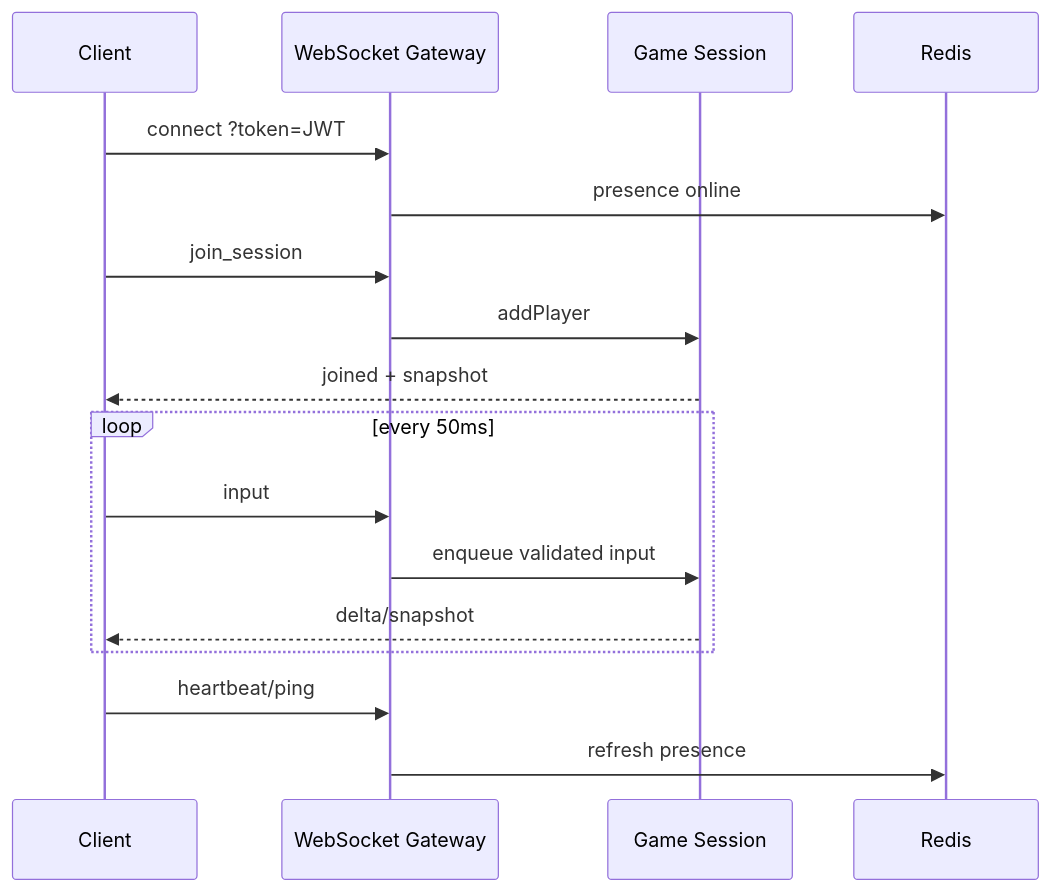
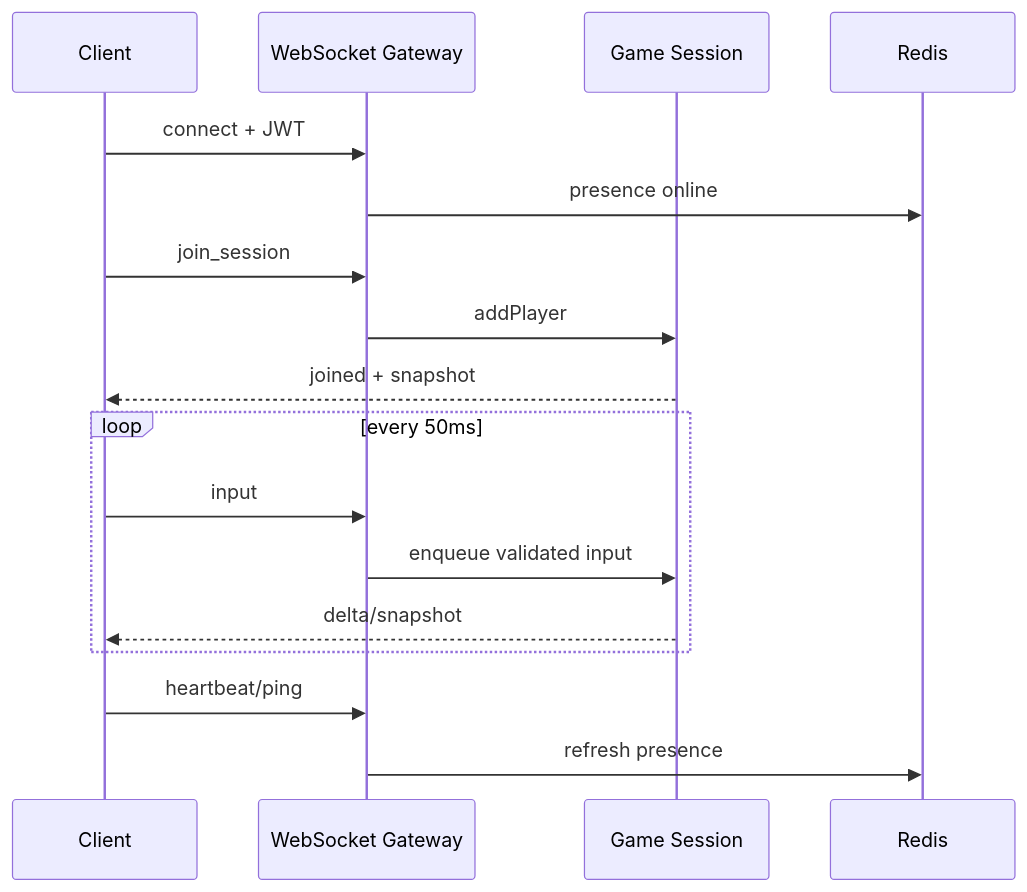
One commit to kaosa-dev/realtime-game-server changed the third of 4 diagrams in README.md. Above: the diagram before and after it, drawn with Mermaid. The commit also changed other lines of this file, not shown here.

````diff
--- a/README.md
+++ b/README.md
@@ -385,20 +280,20 @@
 ```mermaid
 sequenceDiagram
   participant C as Client
   participant WS as WebSocket Gateway
   participant GS as Game Session
   participant R as Redis
 
-  C->>WS: connect ?token=JWT
+  C->>WS: connect + JWT
   WS->>R: presence online
   C->>WS: join_session
   WS->>GS: addPlayer
   GS-->>C: joined + snapshot
   loop every 50ms
     C->>WS: input
     WS->>GS: enqueue validated input
     GS-->>C: delta/snapshot
   end
   C->>WS: heartbeat/ping
   WS->>R: refresh presence
 ```
````
